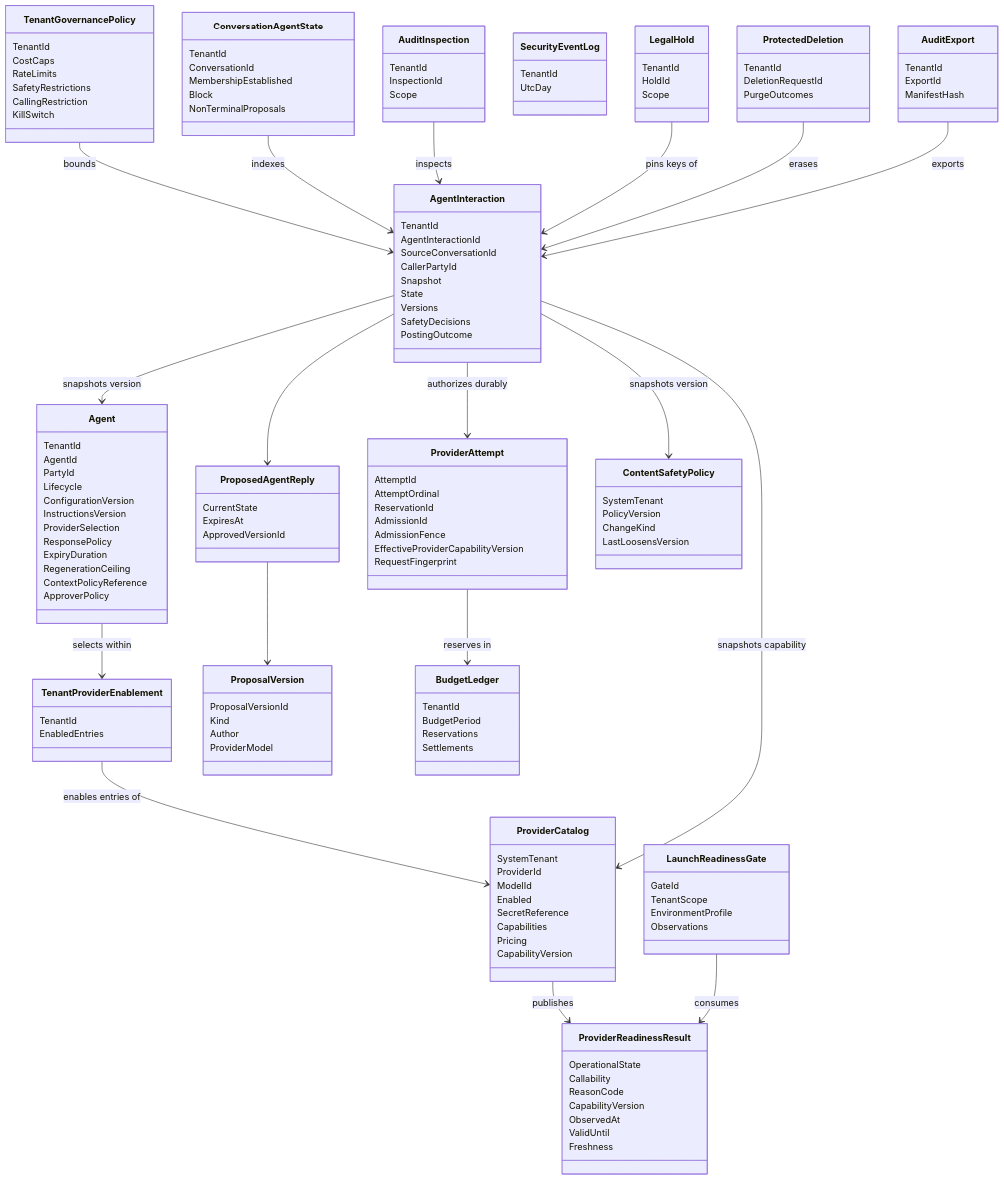
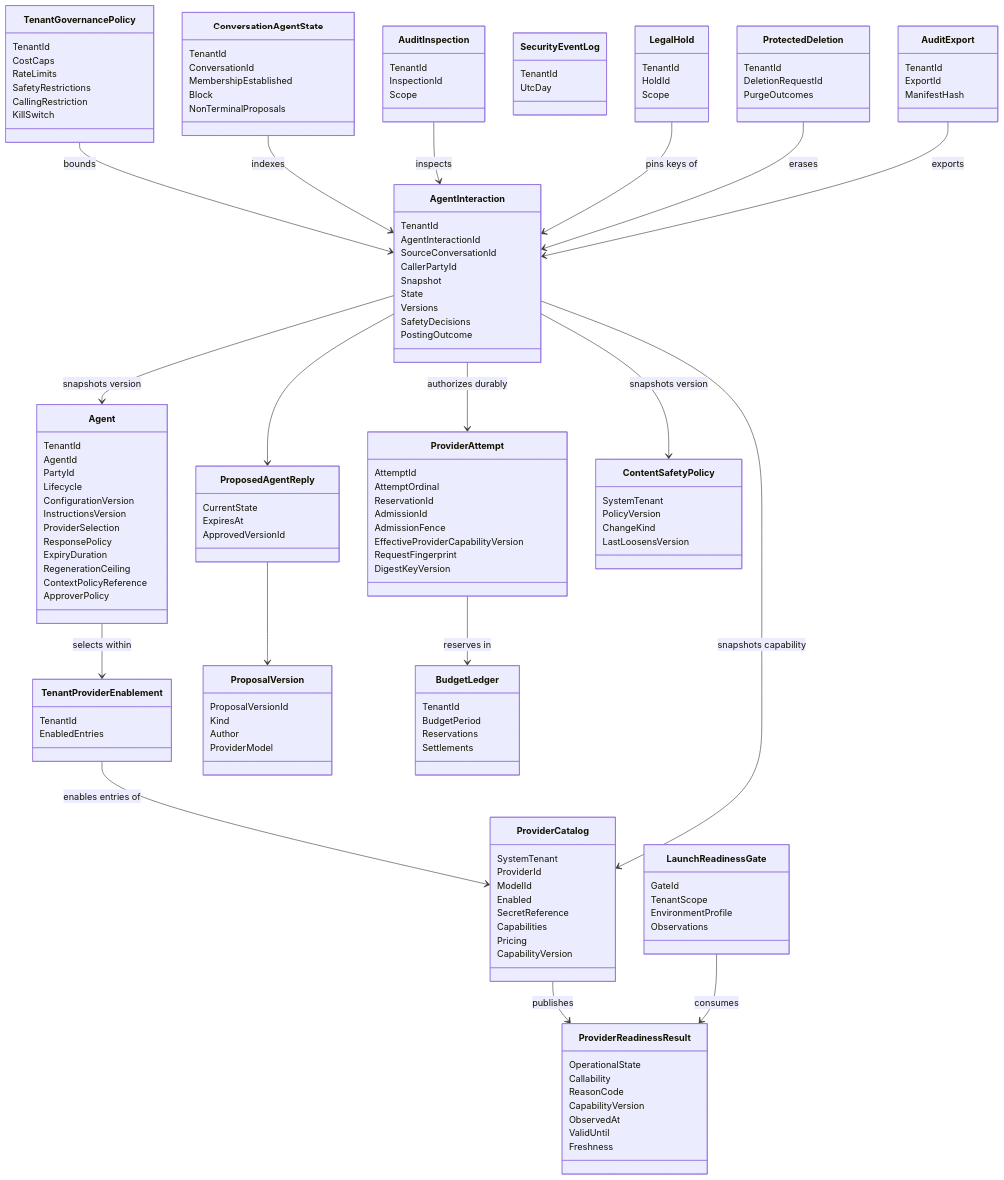
The fourth of 4 diagrams in _bmad-output/planning-artifacts/architecture/architecture-agents-2026-06-23-2/ARCHITECTURE-SPINE.md (Hexalith/Hexalith.Agents), drawn with Mermaid before and after one commit. The commit also changed other lines of this file and 47 other files, not shown here.

```diff
--- a/_bmad-output/planning-artifacts/architecture/architecture-agents-2026-06-23-2/ARCHITECTURE-SPINE.md
+++ b/_bmad-output/planning-artifacts/architecture/architecture-agents-2026-06-23-2/ARCHITECTURE-SPINE.md
@@ -639,6 +657,7 @@
     AdmissionFence
     EffectiveProviderCapabilityVersion
     RequestFingerprint
+    DigestKeyVersion
   }
   class BudgetLedger {
     TenantId
```
